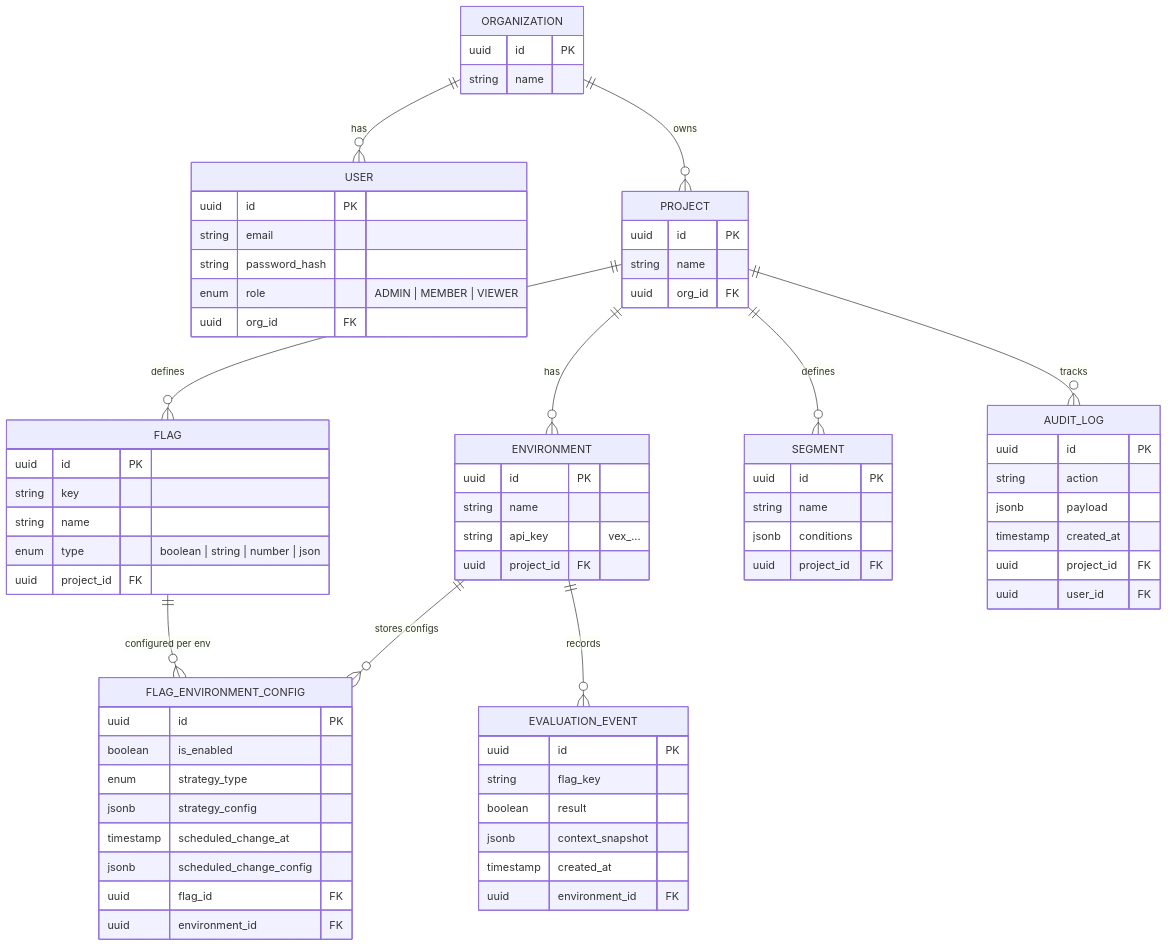
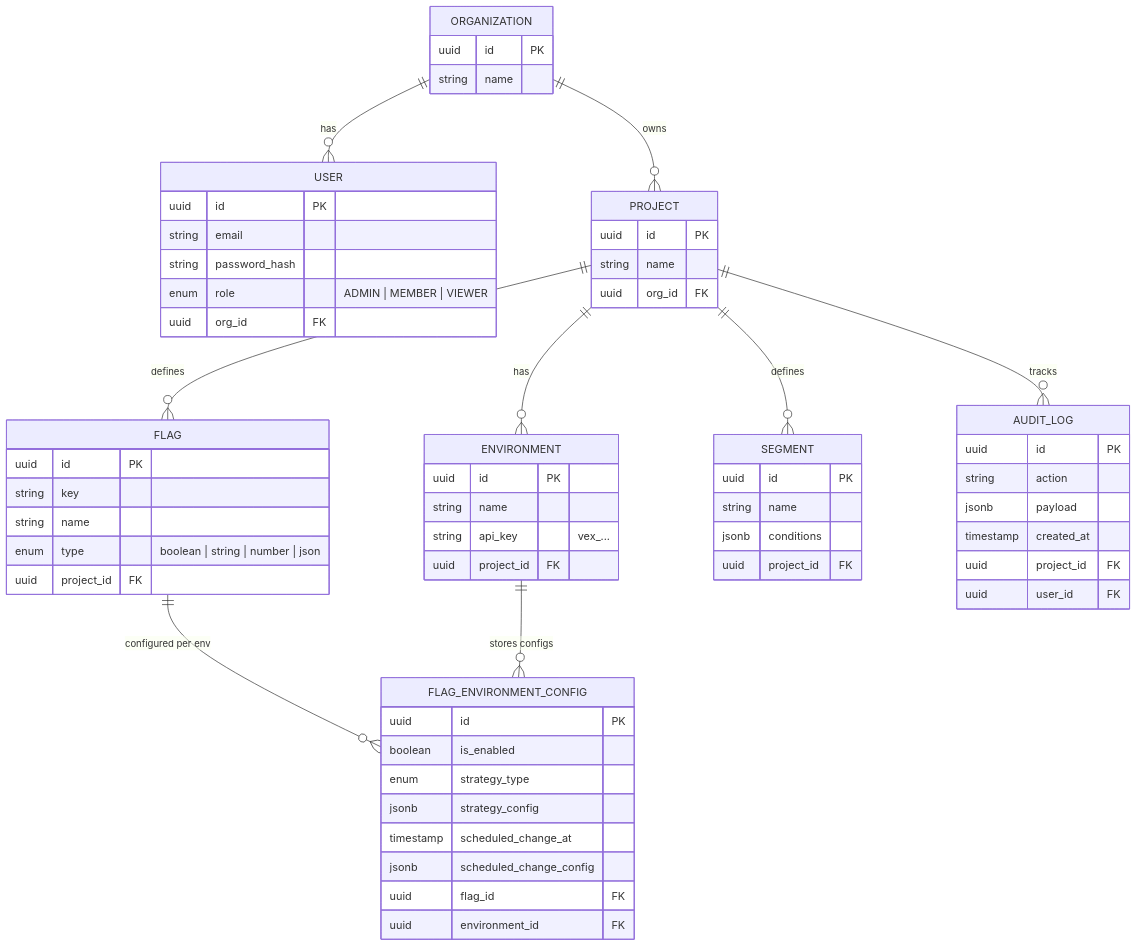
The fourth of 4 diagrams in README.md (AbhishekKhot/Vexil), drawn with Mermaid before and after one commit. The commit also changed other lines of this file and 31 other files, not shown here.

````diff
--- a/README.md
+++ b/README.md
@@ -161,74 +153,65 @@
 ```mermaid
 erDiagram
     ORGANIZATION {
         uuid id PK
         string name
     }
     USER {
         uuid id PK
         string email
         string password_hash
         enum role "ADMIN | MEMBER | VIEWER"
         uuid org_id FK
     }
     PROJECT {
         uuid id PK
         string name
         uuid org_id FK
     }
     ENVIRONMENT {
         uuid id PK
         string name
         string api_key "vex_..."
         uuid project_id FK
     }
     FLAG {
         uuid id PK
         string key
         string name
         enum type "boolean | string | number | json"
         uuid project_id FK
     }
     FLAG_ENVIRONMENT_CONFIG {
         uuid id PK
         boolean is_enabled
         enum strategy_type
         jsonb strategy_config
         timestamp scheduled_change_at
         jsonb scheduled_change_config
         uuid flag_id FK
         uuid environment_id FK
     }
     SEGMENT {
         uuid id PK
         string name
         jsonb conditions
         uuid project_id FK
     }
-    EVALUATION_EVENT {
-        uuid id PK
-        string flag_key
-        boolean result
-        jsonb context_snapshot
-        timestamp created_at
-        uuid environment_id FK
-    }
     AUDIT_LOG {
         uuid id PK
         string action
         jsonb payload
         timestamp created_at
         uuid project_id FK
         uuid user_id FK
     }
 
     ORGANIZATION ||--o{ USER : has
     ORGANIZATION ||--o{ PROJECT : owns
     PROJECT ||--o{ ENVIRONMENT : has
     PROJECT ||--o{ FLAG : defines
     PROJECT ||--o{ SEGMENT : defines
     PROJECT ||--o{ AUDIT_LOG : tracks
     FLAG ||--o{ FLAG_ENVIRONMENT_CONFIG : "configured per env"
     ENVIRONMENT ||--o{ FLAG_ENVIRONMENT_CONFIG : "stores configs"
-    ENVIRONMENT ||--o{ EVALUATION_EVENT : records
 ```
````
